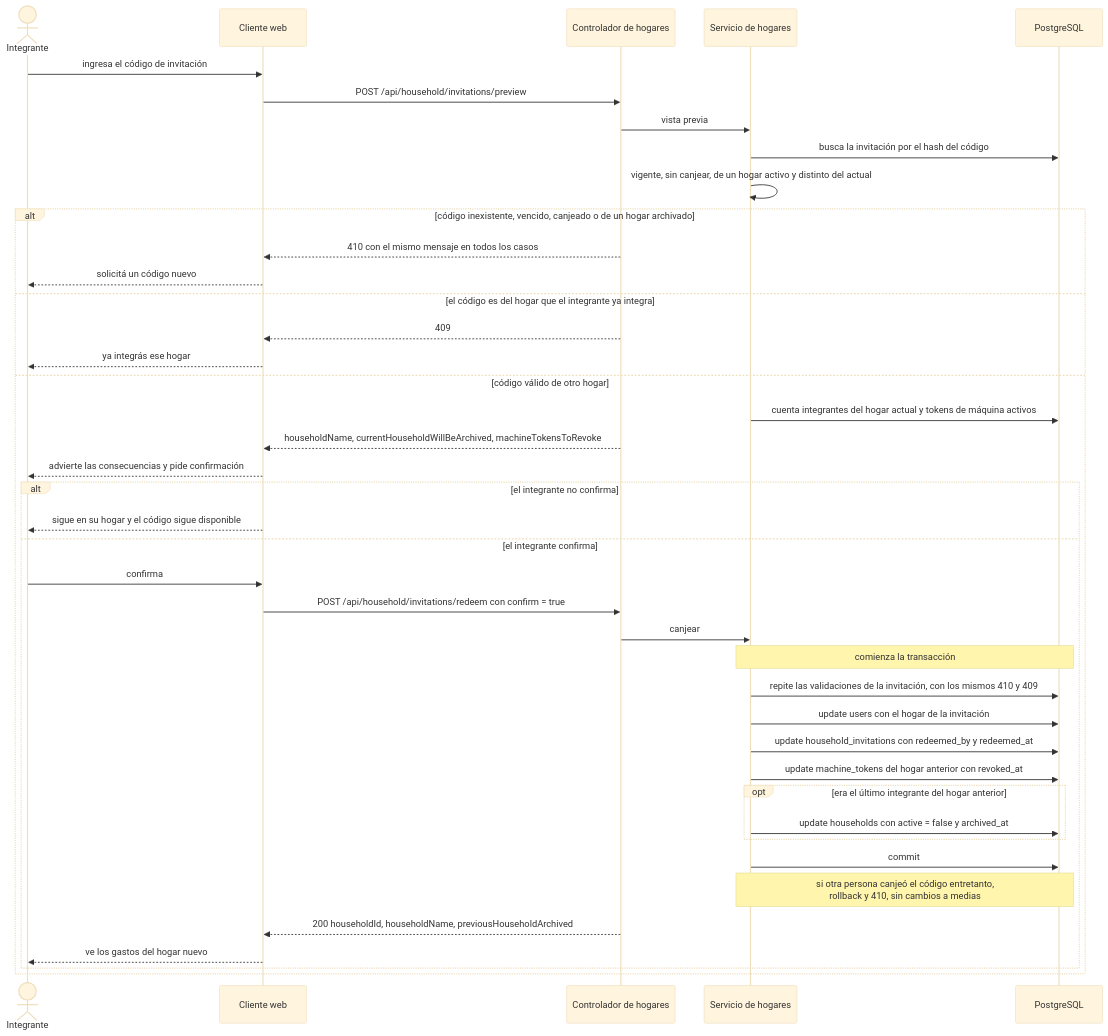
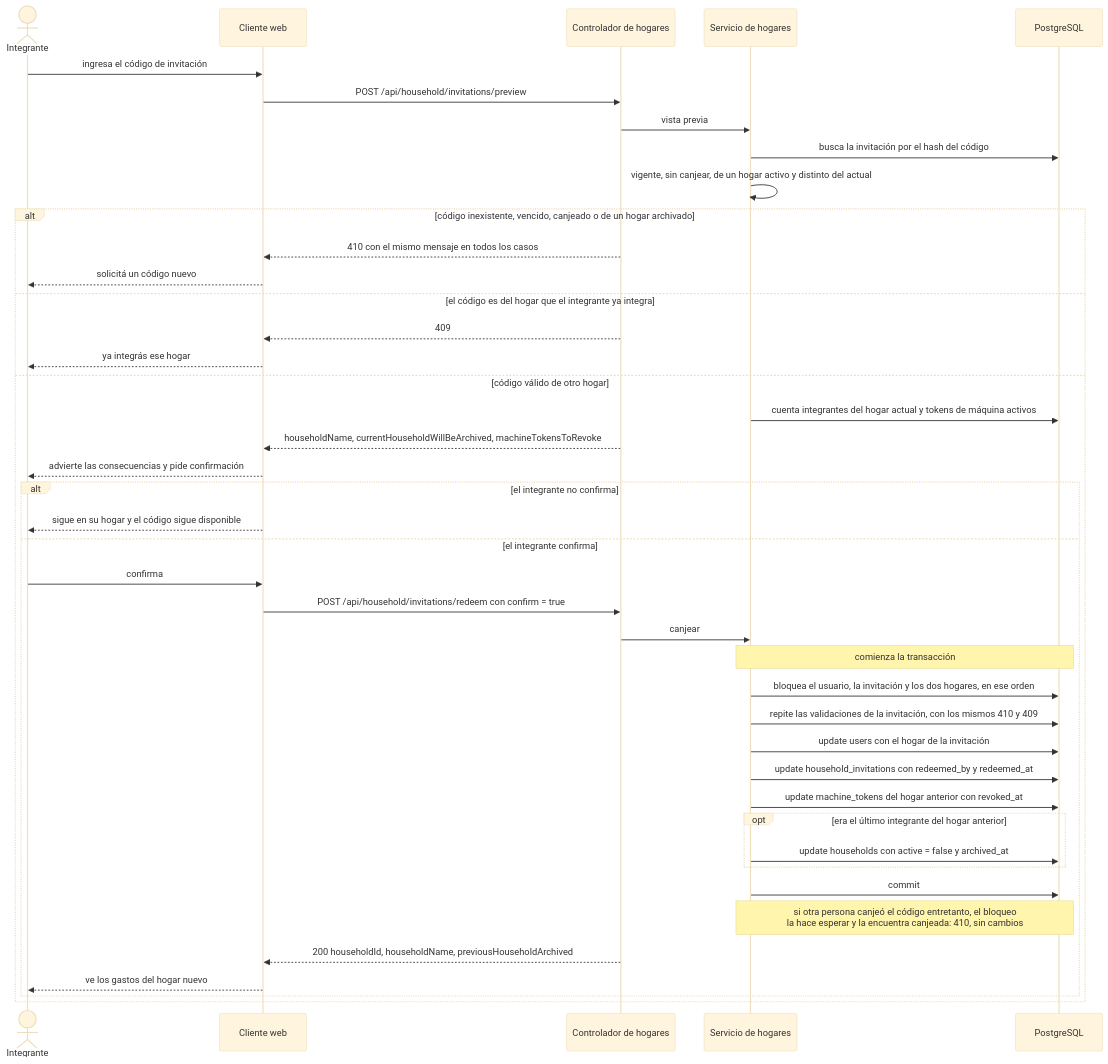
Before and after one commit to patorinaldi/gastos: the ninth of 19 diagrams in docs/diagramas.md, drawn with Mermaid (base theme). The commit also changed 3 other files, not shown here.

````diff
--- a/docs/diagramas.md
+++ b/docs/diagramas.md
@@ -463,46 +463,47 @@
 ```mermaid
 sequenceDiagram
     actor U as Integrante
     participant W as Cliente web
     participant C as Controlador de hogares
     participant S as Servicio de hogares
     participant DB as PostgreSQL
 
     U->>W: ingresa el código de invitación
     W->>C: POST /api/household/invitations/preview
     C->>S: vista previa
     S->>DB: busca la invitación por el hash del código
     S->>S: vigente, sin canjear, de un hogar activo y distinto del actual
 
     alt código inexistente, vencido, canjeado o de un hogar archivado
         C-->>W: 410 con el mismo mensaje en todos los casos
         W-->>U: solicitá un código nuevo
     else el código es del hogar que el integrante ya integra
         C-->>W: 409
         W-->>U: ya integrás ese hogar
     else código válido de otro hogar
         S->>DB: cuenta integrantes del hogar actual y tokens de máquina activos
         C-->>W: householdName, currentHouseholdWillBeArchived, machineTokensToRevoke
         W-->>U: advierte las consecuencias y pide confirmación
 
         alt el integrante no confirma
             W-->>U: sigue en su hogar y el código sigue disponible
         else el integrante confirma
             U->>W: confirma
             W->>C: POST /api/household/invitations/redeem con confirm = true
             C->>S: canjear
             Note over S,DB: comienza la transacción
+            S->>DB: bloquea el usuario, la invitación y los dos hogares, en ese orden
             S->>DB: repite las validaciones de la invitación, con los mismos 410 y 409
             S->>DB: update users con el hogar de la invitación
             S->>DB: update household_invitations con redeemed_by y redeemed_at
             S->>DB: update machine_tokens del hogar anterior con revoked_at
             opt era el último integrante del hogar anterior
                 S->>DB: update households con active = false y archived_at
             end
             S->>DB: commit
-            Note over S,DB: si otra persona canjeó el código entretanto,<br/>rollback y 410, sin cambios a medias
+            Note over S,DB: si otra persona canjeó el código entretanto, el bloqueo<br/>la hace esperar y la encuentra canjeada: 410, sin cambios
             C-->>W: 200 householdId, householdName, previousHouseholdArchived
             W-->>U: ve los gastos del hogar nuevo
         end
     end
 ```
````
